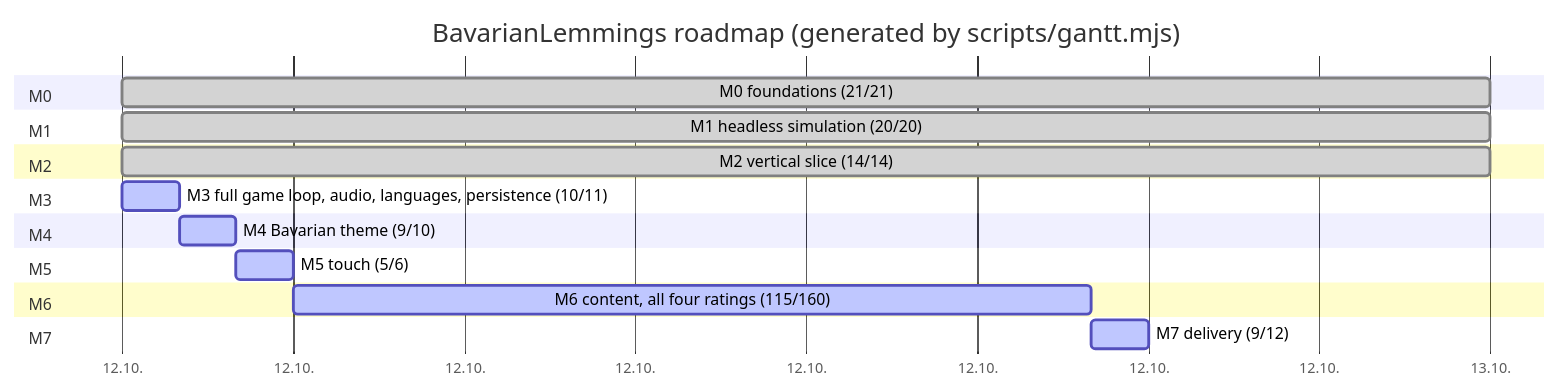
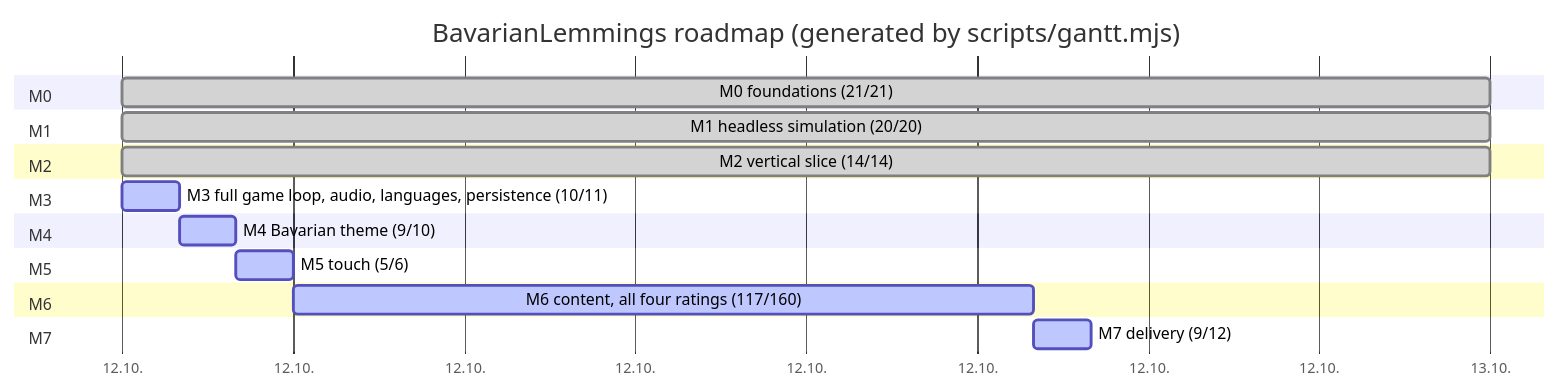
Before and after one commit to marcelpetrick/BavarianLemmings: the diagram in plan.md, drawn with Mermaid. The commit also changed other lines of this file and 10 other files, not shown here.

````diff
--- a/plan.md
+++ b/plan.md
@@ -43,22 +43,22 @@
 ```mermaid
 gantt
     title BavarianLemmings roadmap (generated by scripts/gantt.mjs)
     dateFormat  YYYY-MM-DD
     axisFormat  %d.%m.
     section M0
     M0 foundations (21/21) :done, m0, 2026-10-12, 1d
     section M1
     M1 headless simulation (20/20) :done, m1, 2026-10-12, 1d
     section M2
     M2 vertical slice (14/14) :done, m2, 2026-10-12, 1d
     section M3
     M3 full game loop, audio, languages, persistence (10/11) :active, m3, 2026-10-12, 1h
     section M4
     M4 Bavarian theme (9/10) :active, m4, after m3, 1h
     section M5
     M5 touch (5/6) :active, m5, after m4, 1h
     section M6
-    M6 content, all four ratings (115/160) :active, m6, after m5, 14h
+    M6 content, all four ratings (117/160) :active, m6, after m5, 13h
     section M7
     M7 delivery (9/12) :active, m7, after m6, 1h
 ```
````
